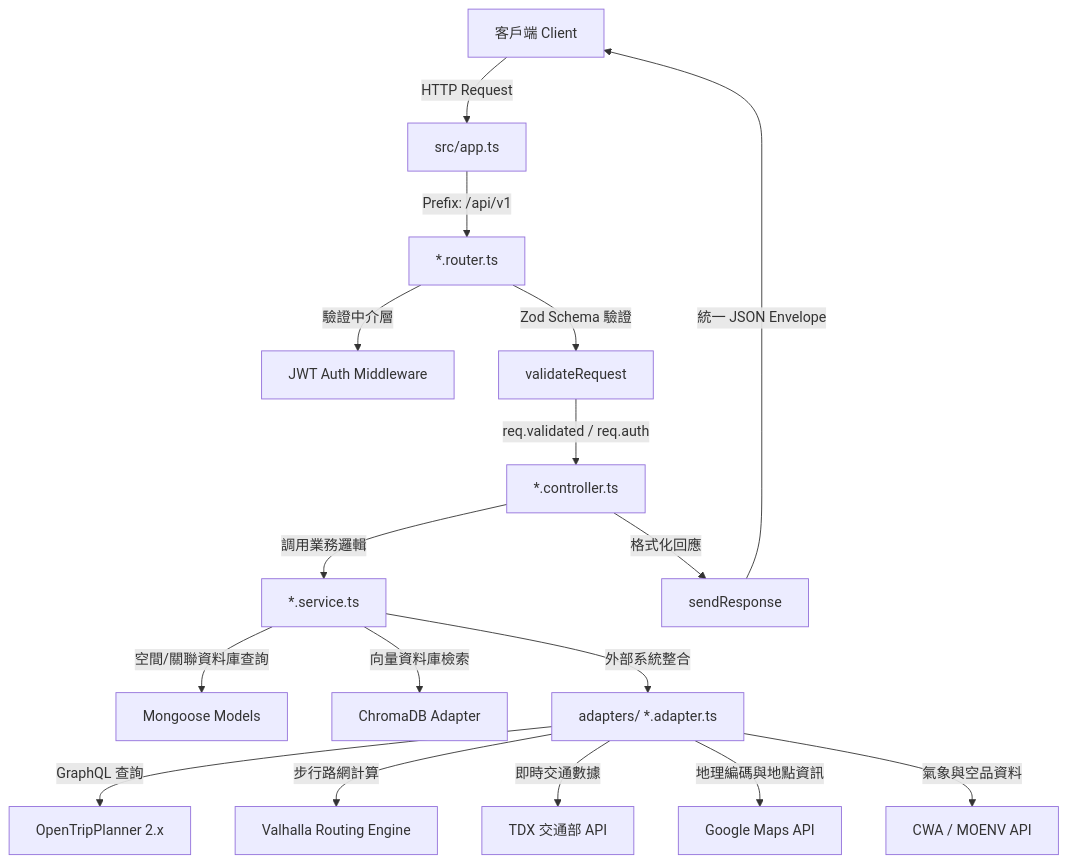
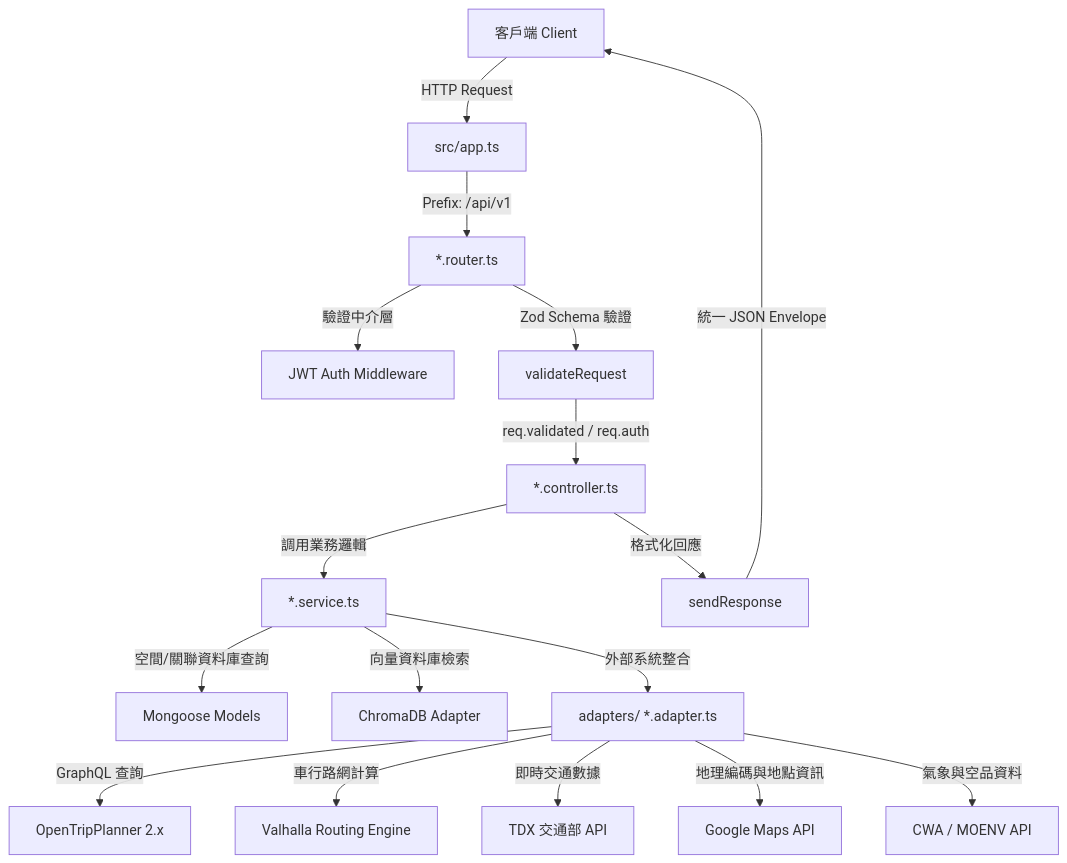
One commit to yuzen9622/accessible-smart-map-backend changed the diagram in README.md. Above: the diagram before and after it, drawn with Mermaid. The commit also changed 2 other files, not shown here.

Commit message:
docs(routing): document sidewalk priority and OTP operations
Describe the policy-aware walking behavior, unavailable-service response, and graph build workflow.

````diff
--- a/README.md
+++ b/README.md
@@ -103,19 +103,19 @@
 ```mermaid
 graph TD
   Client[客戶端 Client] -->|HTTP Request| App[src/app.ts]
   App -->|Prefix: /api/v1| Router[*.router.ts]
   Router -->|驗證中介層| Auth[JWT Auth Middleware]
   Router -->|Zod Schema 驗證| Validate[validateRequest]
   Validate -->|req.validated / req.auth| Controller[*.controller.ts]
   Controller -->|調用業務邏輯| Service[*.service.ts]
   Service -->|空間/關聯資料庫查詢| Model[Mongoose Models]
   Service -->|向量資料庫檢索| Chroma[ChromaDB Adapter]
   Service -->|外部系統整合| Adapter[adapters/ *.adapter.ts]
   Adapter -->|GraphQL 查詢| OTP[OpenTripPlanner 2.x]
-  Adapter -->|步行路網計算| Valhalla[Valhalla Routing Engine]
+  Adapter -->|車行路網計算| Valhalla[Valhalla Routing Engine]
   Adapter -->|即時交通數據| TDX[TDX 交通部 API]
   Adapter -->|地理編碼與地點資訊| Google[Google Maps API]
   Adapter -->|氣象與空品資料| Sensors[CWA / MOENV API]
   Controller -->|格式化回應| SendResponse[sendResponse]
   SendResponse -->|統一 JSON Envelope| Client
 ```
````
